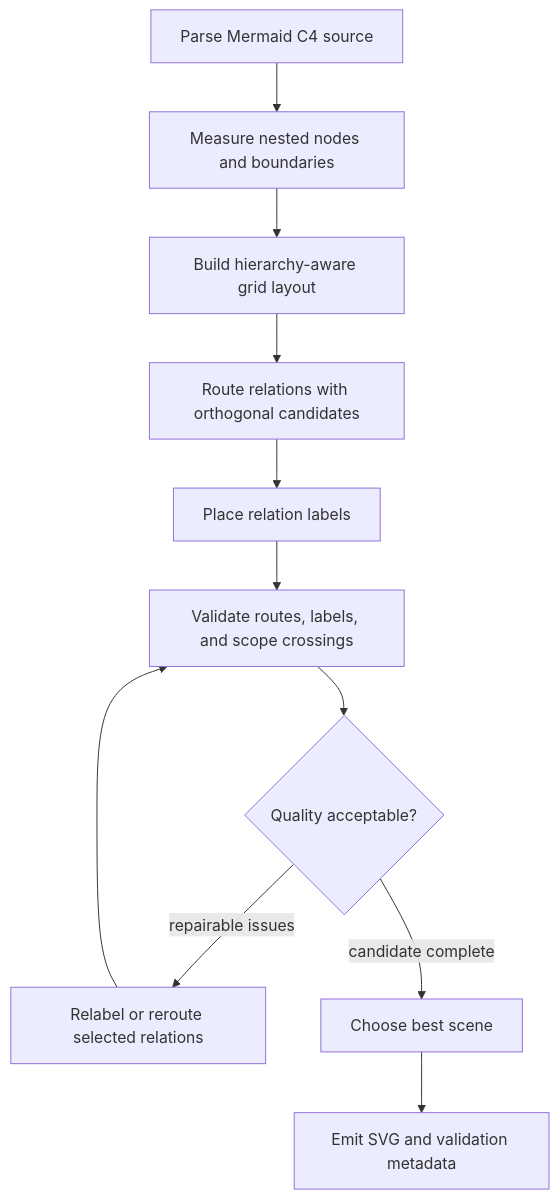
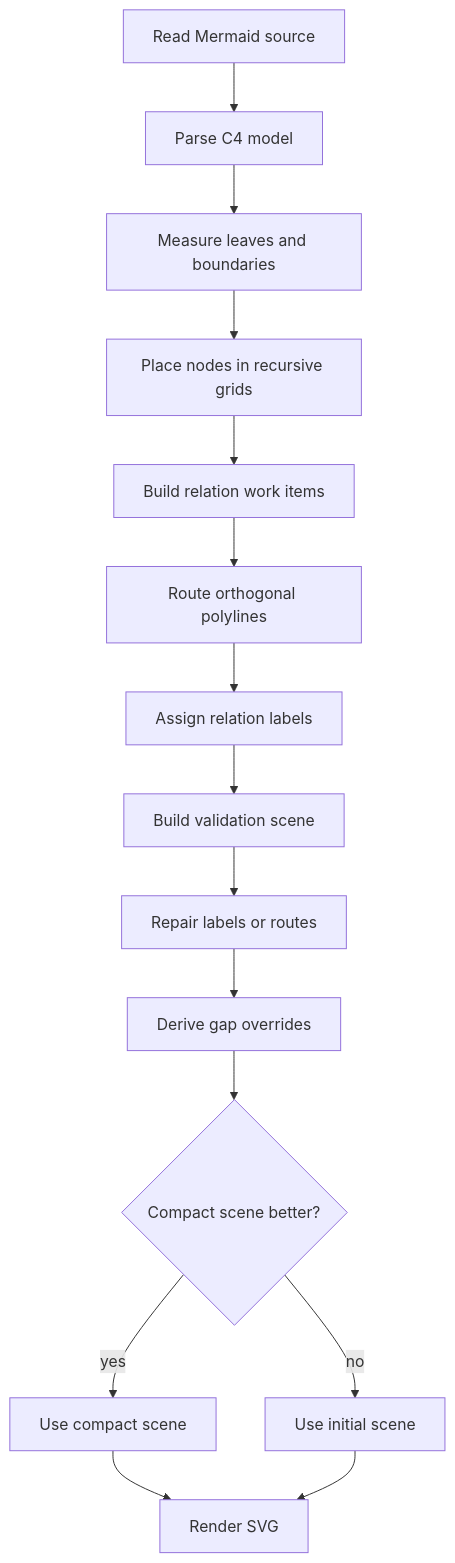
The first of 5 diagrams in docs/rendering-algorithm.md (manji-0/github-rich-mermaid-tampermonkey), drawn with Mermaid before and after one commit. The commit also changed other lines of this file, not shown here.

````diff
--- a/docs/rendering-algorithm.md
+++ b/docs/rendering-algorithm.md
@@ -22,13 +100,17 @@
 ```mermaid
 flowchart TD
-  A[Parse Mermaid C4 source] --> B[Measure nested nodes and boundaries]
-  B --> C[Build hierarchy-aware grid layout]
-  C --> D[Route relations with orthogonal candidates]
-  D --> E[Place relation labels]
-  E --> F[Validate routes, labels, and scope crossings]
-  F --> G{Quality acceptable?}
-  G -- repairable issues --> H[Relabel or reroute selected relations]
-  H --> F
-  G -- candidate complete --> I[Choose best scene]
-  I --> J[Emit SVG and validation metadata]
+  A[Read Mermaid source] --> B[Parse C4 model]
+  B --> C[Measure leaves and boundaries]
+  C --> D[Place nodes in recursive grids]
+  D --> E[Build relation work items]
+  E --> F[Route orthogonal polylines]
+  F --> G[Assign relation labels]
+  G --> H[Build validation scene]
+  H --> I[Repair labels or routes]
+  I --> J[Derive gap overrides]
+  J --> K{Compact scene better?}
+  K -- yes --> L[Use compact scene]
+  K -- no --> M[Use initial scene]
+  L --> N[Render SVG]
+  M --> N
 ```
````
